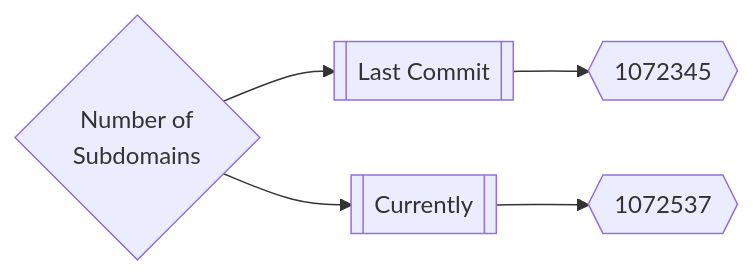
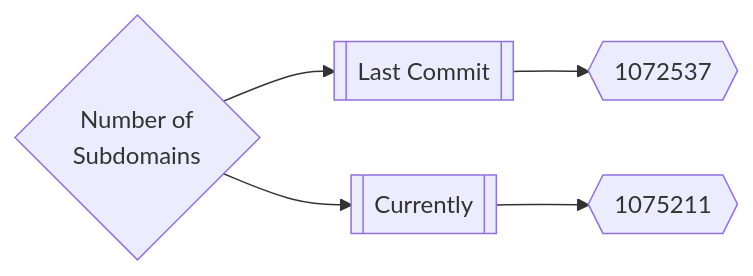
One commit to trickest/inventory changed the first of 3 diagrams in README.md. Above: the diagram before and after it, drawn with Mermaid. The commit also changed other lines of this file and 200 other files, not shown here.

````diff
--- a/README.md
+++ b/README.md
@@ -165,5 +165,5 @@
 ```mermaid
 graph LR
-title{Number of<br>Subdomains} --> subdomainsDate1[[Last Commit]] --> subdomainsNum1{{1072345}}
-title --> subdomainsDate2[[Currently]] --> subdomainsNum2{{1072537}}
+title{Number of<br>Subdomains} --> subdomainsDate1[[Last Commit]] --> subdomainsNum1{{1072537}}
+title --> subdomainsDate2[[Currently]] --> subdomainsNum2{{1075211}}
 ```
````
